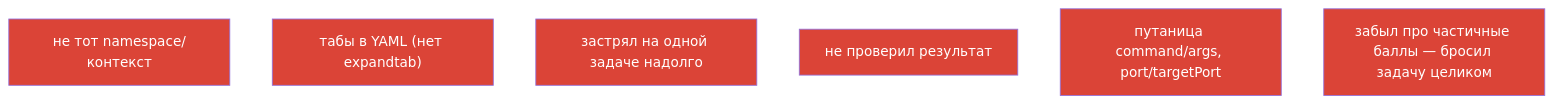
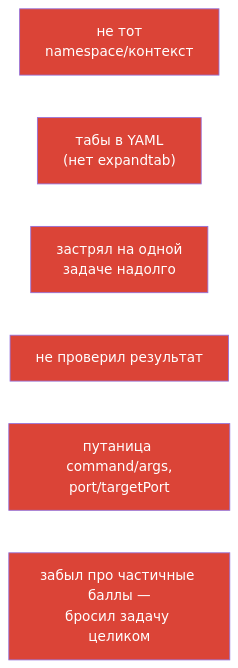
The seventh of 7 diagrams in tasks/cka/course/47/ru.md (ViktorUJ/cks), drawn with Mermaid before and after one commit. The commit also changed other lines of this file and 30 other files, not shown here.

````diff
--- a/tasks/cka/course/47/ru.md
+++ b/tasks/cka/course/47/ru.md
@@ -189,15 +192,16 @@
 ```mermaid
 flowchart TB
-    e1["не тот namespace/контекст"] 
-    e2["табы в YAML (нет expandtab)"]
-    e3["застрял на одной задаче надолго"]
+    e1["не тот<br>namespace/контекст"]
+    e2["табы в YAML<br>(нет expandtab)"]
+    e3["застрял на одной<br>задаче надолго"]
     e4["не проверил результат"]
-    e5["путаница command/args, port/targetPort"]
-    e6["забыл про частичные баллы — бросил задачу целиком"]
+    e5["путаница command/args,<br>port/targetPort"]
+    e6["забыл про частичные баллы —<br>бросил задачу целиком"]
+    e1 ~~~ e2 ~~~ e3 ~~~ e4 ~~~ e5 ~~~ e6
     style e1 fill:#db4437,color:#fff
     style e2 fill:#db4437,color:#fff
     style e3 fill:#db4437,color:#fff
     style e4 fill:#db4437,color:#fff
     style e5 fill:#db4437,color:#fff
     style e6 fill:#db4437,color:#fff
 ```
````
